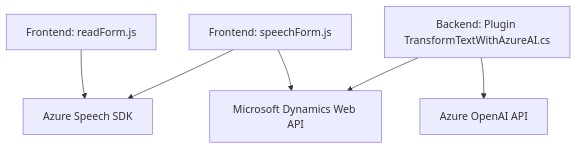
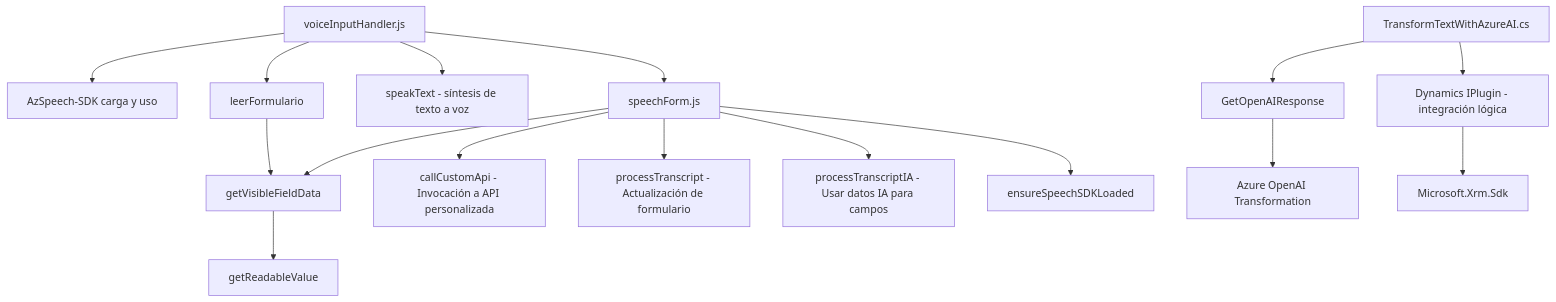
Before and after one commit to blopezdm/NETCORE_BILBAO2025: the diagram in README.md, drawn with Mermaid. The commit also changed other lines of this file, not shown here.

````diff
--- a/README.md
+++ b/README.md
@@ -36,16 +34,19 @@
 ```mermaid
 graph TD
-    A["Frontend: readForm.js"]
-    B["Frontend: speechForm.js"]
-    C["Backend: Plugin TransformTextWithAzureAI.cs"]
+  A["voiceInputHandler.js"] --> B["AzSpeech-SDK carga y uso"]
+  A --> C["leerFormulario"]
+  A --> D["speakText - síntesis de texto a voz"]
+  C --> F["getVisibleFieldData"]
+  F --> G["getReadableValue"]
+  A --> E["speechForm.js"]
+  E --> H["callCustomApi - Invocación a API personalizada"]
+  E --> I["processTranscript - Actualización de formulario"]
+  E --> J["processTranscriptIA - Usar datos IA para campos"]
+  E --> F
+  E --> K["ensureSpeechSDKLoaded"]
 
-    D["Azure Speech SDK"]
-    E["Azure OpenAI API"]
-    F["Microsoft Dynamics Web API"]
-
-    A --> D
-    B --> D
-    B --> F
-    C --> E
-    C --> F
+  L["TransformTextWithAzureAI.cs"] --> M["GetOpenAIResponse"]
+  L --> N["Dynamics IPlugin - integración lógica"]
+  M --> O["Azure OpenAI Transformation"]
+  N --> P["Microsoft.Xrm.Sdk"]
 ```
````
